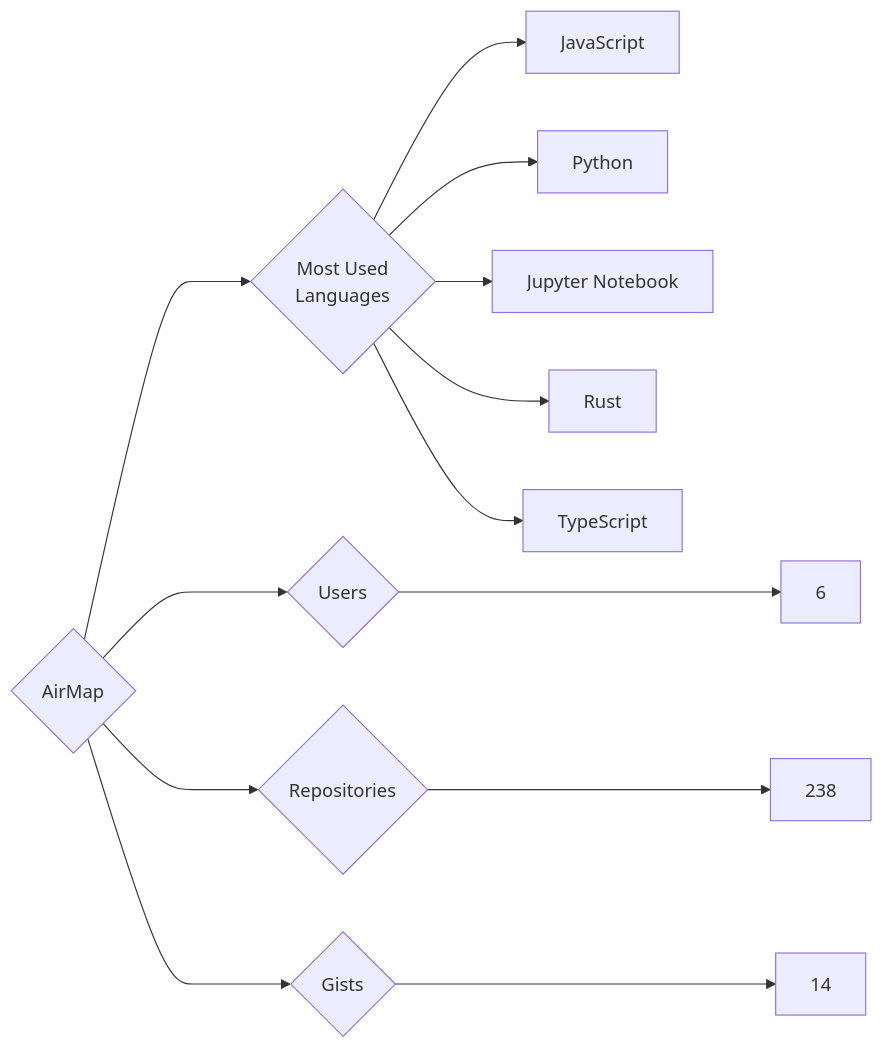
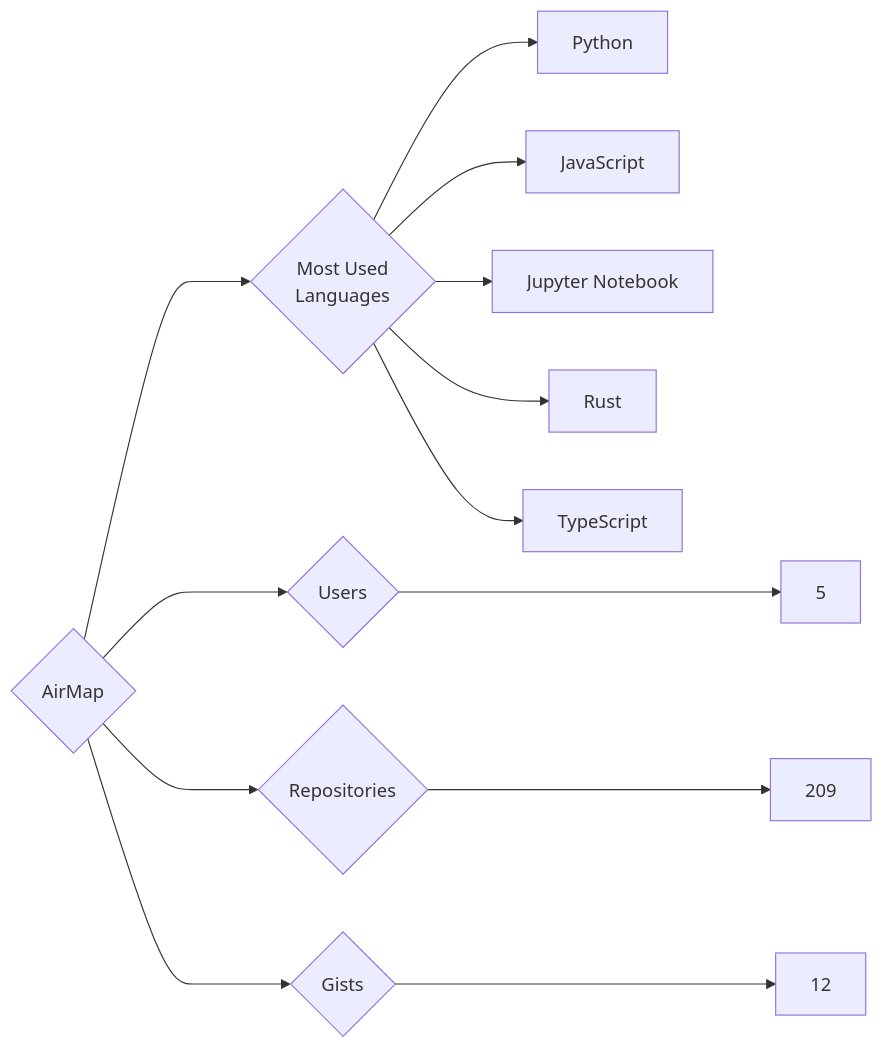
Before and after one commit to trickest/insiders: the diagram in targets/AirMap/README.md, drawn with Mermaid. The commit also changed 857 other files, not shown here.

````diff
--- a/targets/AirMap/README.md
+++ b/targets/AirMap/README.md
@@ -3,13 +3,13 @@
 ```mermaid
 graph LR
 COMPANY_NAME{AirMap}
-COMPANY_NAME ---> U{Users} ---> UN[6]
-COMPANY_NAME ---> R{Repositories} ---> RN[238]
-COMPANY_NAME ---> G{Gists} ---> GN[14]
+COMPANY_NAME ---> U{Users} ---> UN[5]
+COMPANY_NAME ---> R{Repositories} ---> RN[209]
+COMPANY_NAME ---> G{Gists} ---> GN[12]
 COMPANY_NAME ---> ML{Most Used<br>Languages}
+ML --> Python[Python]
 ML --> JavaScript[JavaScript]
-ML --> Python[Python]
 ML --> Jupyter_Notebook[Jupyter Notebook]
 ML --> Rust[Rust]
 ML --> TypeScript[TypeScript]
 ```
````
